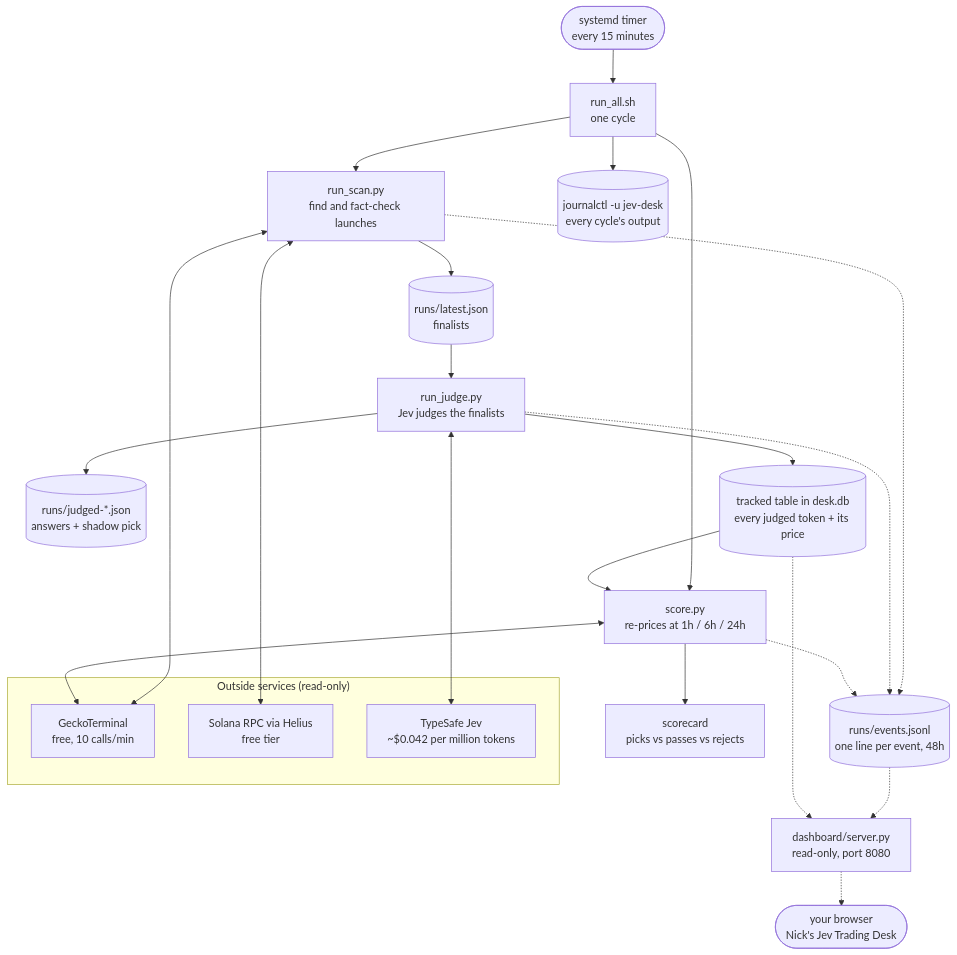
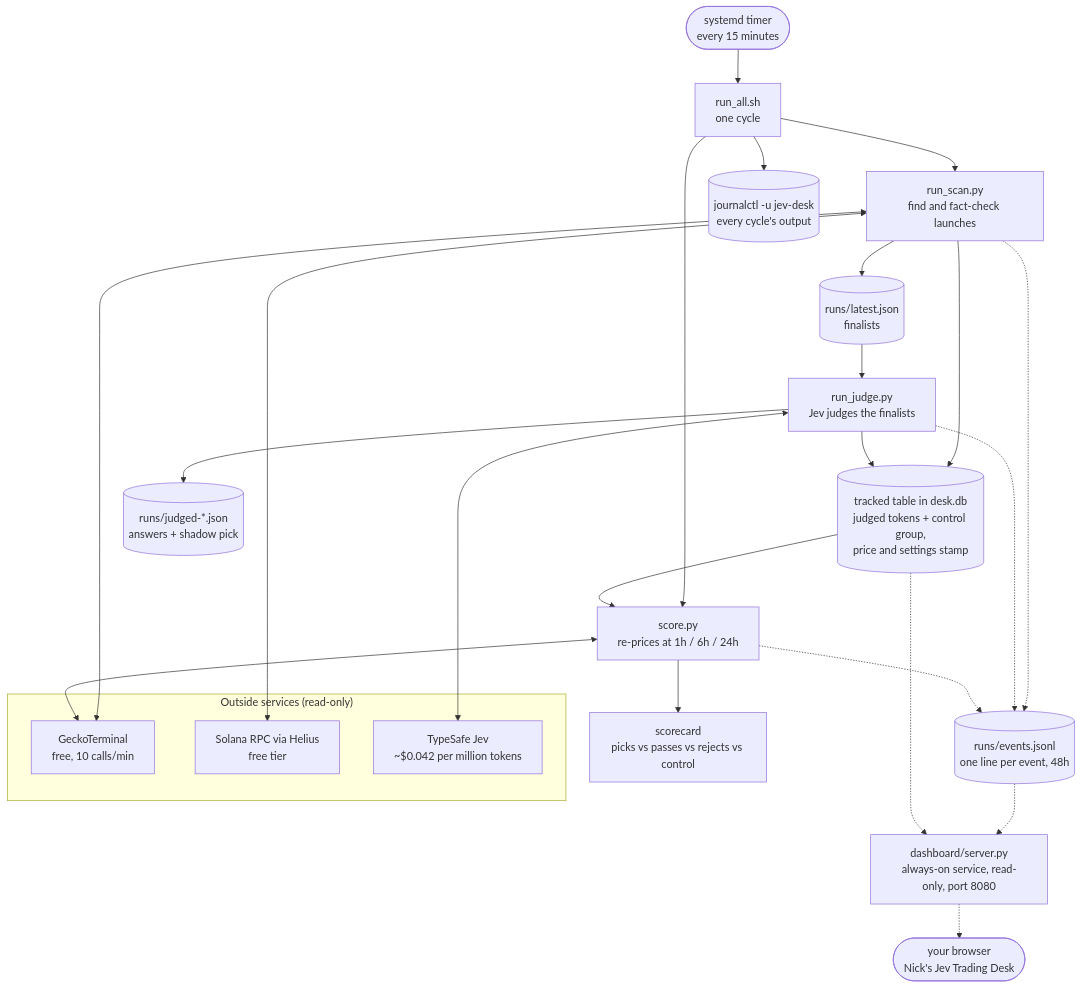
One commit to NickHammer/jev-desk changed the first of 11 diagrams in ARCHITECTURE.md. Above: the diagram before and after it, drawn with Mermaid. The commit also changed other lines of this file and 14 other files, not shown here.

First line of the commit message:
Control group, gone checkpoints, settings stamp; dashboard as a service

````diff
--- a/ARCHITECTURE.md
+++ b/ARCHITECTURE.md
@@ -11,29 +11,30 @@
 ```mermaid
 flowchart TD
     timer(["systemd timer<br/>every 15 minutes"])
     timer --> cycle["run_all.sh<br/>one cycle"]
     cycle --> scan["run_scan.py<br/>find and fact-check launches"]
     scan --> latest[("runs/latest.json<br/>finalists")]
+    scan --> tracked
     latest --> judgeRun["run_judge.py<br/>Jev judges the finalists"]
     judgeRun --> judged[("runs/judged-*.json<br/>answers + shadow pick")]
-    judgeRun --> tracked[("tracked table in desk.db<br/>every judged token + its price")]
+    judgeRun --> tracked[("tracked table in desk.db<br/>judged tokens + control group,<br/>price and settings stamp")]
     cycle --> scoreRun["score.py<br/>re-prices at 1h / 6h / 24h"]
     tracked --> scoreRun
-    scoreRun --> card["scorecard<br/>picks vs passes vs rejects"]
+    scoreRun --> card["scorecard<br/>picks vs passes vs rejects vs control"]
     cycle --> logs[("journalctl -u jev-desk<br/>every cycle's output")]
     scan & judgeRun & scoreRun -.-> ev[("runs/events.jsonl<br/>one line per event, 48h")]
-    ev -.-> dash["dashboard/server.py<br/>read-only, port 8080"]
+    ev -.-> dash["dashboard/server.py<br/>always-on service, read-only, port 8080"]
     tracked -.-> dash
     dash -.-> browser(["your browser<br/>Nick's Jev Trading Desk"])
 
     subgraph ext["Outside services (read-only)"]
         gt["GeckoTerminal<br/>free, 10 calls/min"]
         rpc["Solana RPC via Helius<br/>free tier"]
         jev["TypeSafe Jev<br/>~$0.042 per million tokens"]
     end
 
     scan <--> gt
     scan <--> rpc
     judgeRun <--> jev
     scoreRun <--> gt
 ```
````
